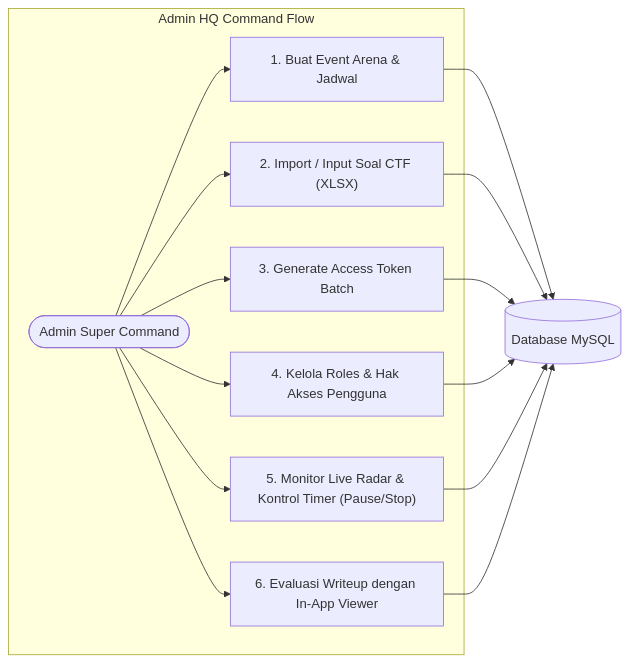
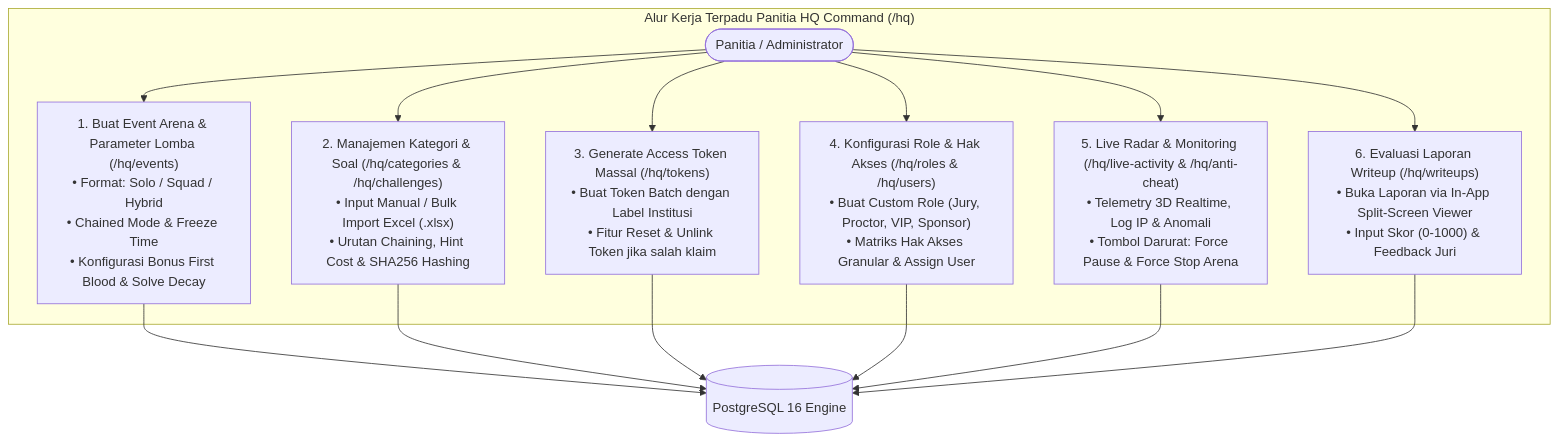
One commit to irizkyw/riseranger2-incident-response changed the fifth of 8 diagrams in README.md. Above: the diagram before and after it, drawn with Mermaid. The commit also changed other lines of this file, not shown here.

````diff
--- a/README.md
+++ b/README.md
@@ -226,18 +311,18 @@
 ```mermaid
-flowchart LR
-    subgraph ADMIN_FLOW["Admin HQ Command Flow"]
-        ADM(["Admin Super Command"]) --> A1["1. Buat Event Arena & Jadwal"]
-        ADM --> A2["2. Import / Input Soal CTF (XLSX)"]
-        ADM --> A3["3. Generate Access Token Batch"]
-        ADM --> A4["4. Kelola Roles & Hak Akses Pengguna"]
-        ADM --> A5["5. Monitor Live Radar & Kontrol Timer (Pause/Stop)"]
-        ADM --> A6["6. Evaluasi Writeup dengan In-App Viewer"]
+flowchart TD
+    subgraph HQ_COMMAND_FLOW["Alur Kerja Terpadu Panitia HQ Command (/hq)"]
+        ADM(["Panitia / Administrator"]) --> H1["1. Buat Event Arena & Parameter Lomba (/hq/events)<br/>• Format: Solo / Squad / Hybrid<br/>• Chained Mode & Freeze Time<br/>• Konfigurasi Bonus First Blood & Solve Decay"]
+        ADM --> H2["2. Manajemen Kategori & Soal (/hq/categories & /hq/challenges)<br/>• Input Manual / Bulk Import Excel (.xlsx)<br/>• Urutan Chaining, Hint Cost & SHA256 Hashing"]
+        ADM --> H3["3. Generate Access Token Massal (/hq/tokens)<br/>• Buat Token Batch dengan Label Institusi<br/>• Fitur Reset & Unlink Token jika salah klaim"]
+        ADM --> H4["4. Konfigurasi Role & Hak Akses (/hq/roles & /hq/users)<br/>• Buat Custom Role (Jury, Proctor, VIP, Sponsor)<br/>• Matriks Hak Akses Granular & Assign User"]
+        ADM --> H5["5. Live Radar & Monitoring (/hq/live-activity & /hq/anti-cheat)<br/>• Telemetry 3D Realtime, Log IP & Anomali<br/>• Tombol Darurat: Force Pause & Force Stop Arena"]
+        ADM --> H6["6. Evaluasi Laporan Writeup (/hq/writeups)<br/>• Buka Laporan via In-App Split-Screen Viewer<br/>• Input Skor (0-1000) & Feedback Juri"]
     end
 
-    A1 --> DB[("Database MySQL")]
-    A2 --> DB
-    A3 --> DB
-    A4 --> DB
-    A5 --> DB
-    A6 --> DB
+    H1 --> DB[("PostgreSQL 16 Engine")]
+    H2 --> DB
+    H3 --> DB
+    H4 --> DB
+    H5 --> DB
+    H6 --> DB
 ```
````
